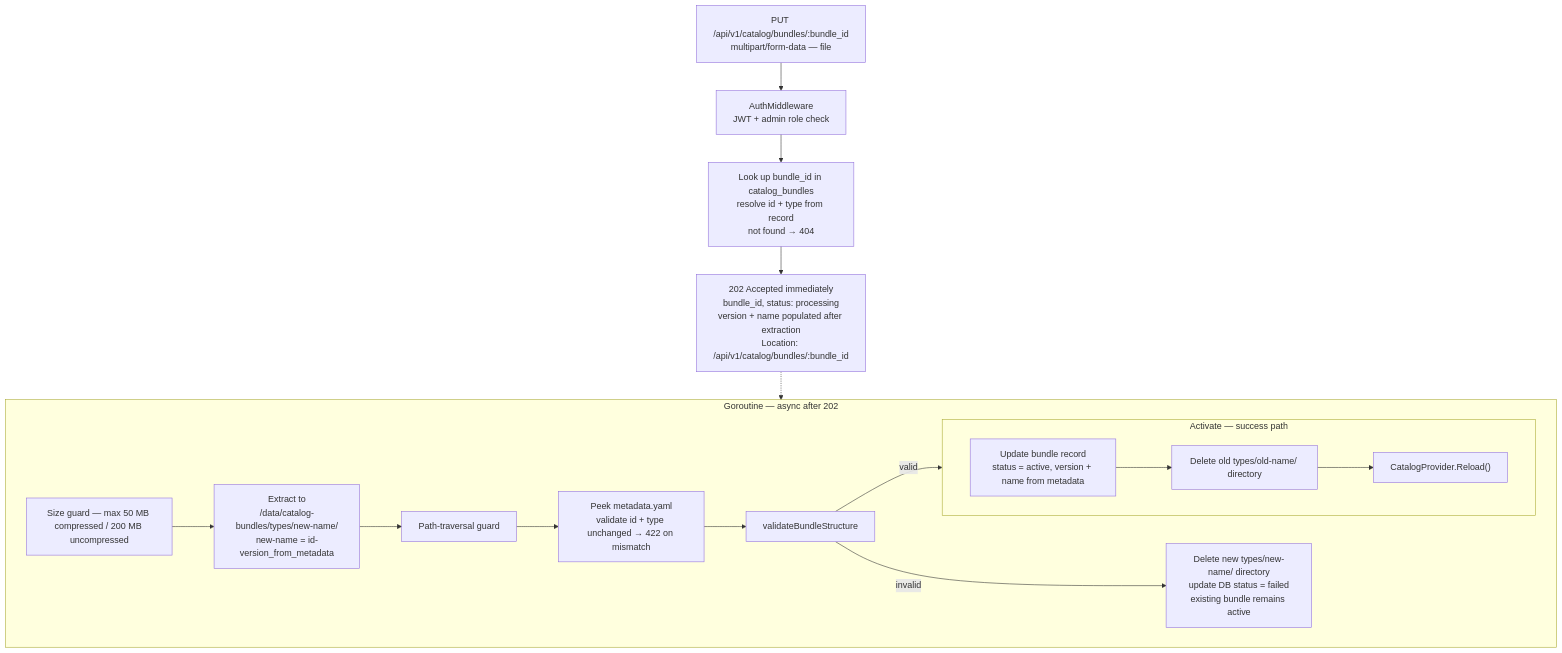
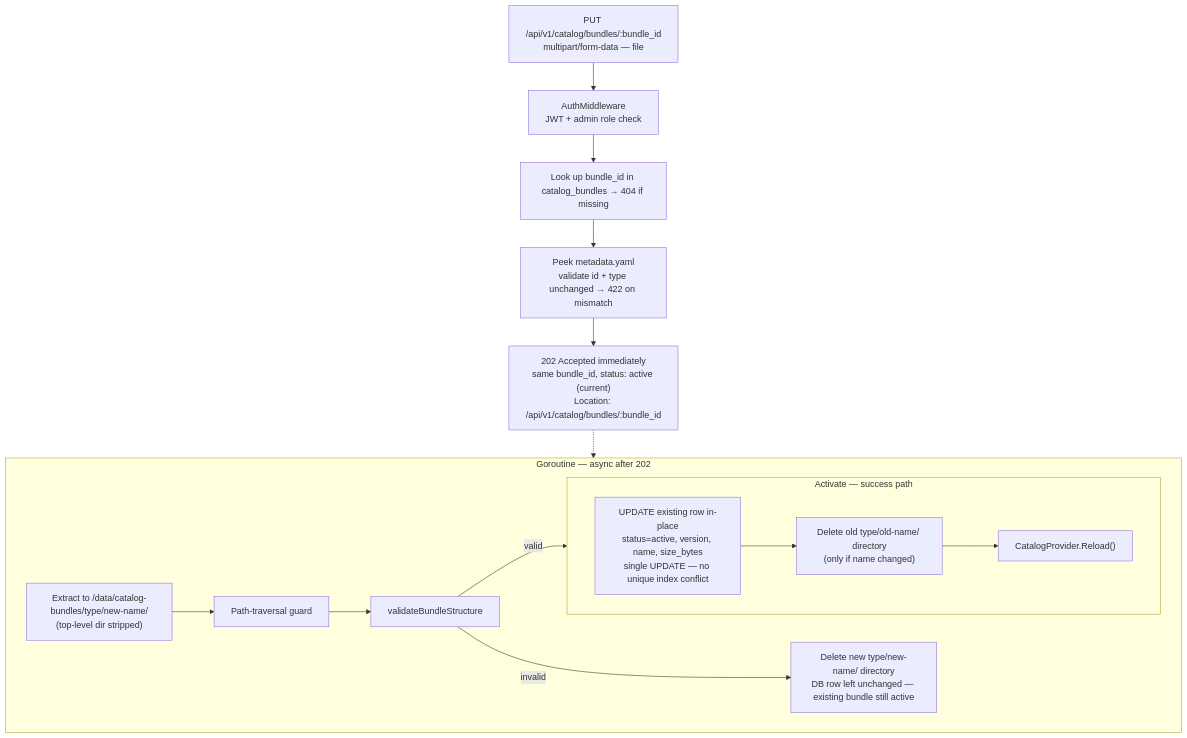
Before and after one commit to mayuka-c/project-ai-services: the third of 5 diagrams in ai-services/proposal.md, drawn with Mermaid. The commit also changed other lines of this file and 5 other files, not shown here.

````diff
--- a/ai-services/proposal.md
+++ b/ai-services/proposal.md
@@ -557,32 +558,31 @@
 ```mermaid
 flowchart TD
     REQ["PUT /api/v1/catalog/bundles/:bundle_id<br/>multipart/form-data — file"]
     AUTH["AuthMiddleware<br/>JWT + admin role check"]
-    LOOKUP["Look up bundle_id in catalog_bundles<br/>resolve id + type from record<br/>not found → 404"]
-    RESP["202 Accepted immediately<br/>bundle_id, status: processing<br/>version + name populated after extraction<br/>Location: /api/v1/catalog/bundles/:bundle_id"]
-    SIZE["Size guard — max 50 MB compressed / 200 MB uncompressed"]
-    EXTRACT["Extract to<br/>/data/catalog-bundles/types/new-name/<br/>new-name = id-version_from_metadata"]
-    PATHGUARD["Path-traversal guard"]
-    METACHECK["Peek metadata.yaml<br/>validate id + type unchanged → 422 on mismatch"]
-    VALIDATE["validateBundleStructure"]
+    LOOKUP["Look up bundle_id in catalog_bundles → 404 if missing"]
+    PEEK["Peek metadata.yaml<br/>validate id + type unchanged → 422 on mismatch"]
+    RESP["202 Accepted immediately<br/>same bundle_id, status: active (current)<br/>Location: /api/v1/catalog/bundles/:bundle_id"]
 
     subgraph ASYNC["Goroutine — async after 202"]
-        SIZE --> EXTRACT --> PATHGUARD --> METACHECK --> VALIDATE
+        EXTRACT["Extract to /data/catalog-bundles/type/new-name/<br/>(top-level dir stripped)"]
+        PATHGUARD["Path-traversal guard"]
+        VALIDATE["validateBundleStructure"]
 
         subgraph ACTIVATE["Activate — success path"]
             direction LR
-            DBUPDATE["Update bundle record<br/>status = active, version + name from metadata"]
-            RMOLD["Delete old types/old-name/ directory"]
+            DBUPDATE["UPDATE existing row in-place<br/>status=active, version, name, size_bytes<br/>single UPDATE — no unique index conflict"]
+            RMOLDDIR["Delete old type/old-name/ directory<br/>(only if name changed)"]
             RELOAD["CatalogProvider.Reload()"]
-            DBUPDATE --> RMOLD --> RELOAD
+            DBUPDATE --> RMOLDDIR --> RELOAD
         end
 
-        FAIL["Delete new types/new-name/ directory<br/>update DB status = failed<br/>existing bundle remains active"]
+        FAIL["Delete new type/new-name/ directory<br/>DB row left unchanged — existing bundle still active"]
 
+        EXTRACT --> PATHGUARD --> VALIDATE
         VALIDATE -->|"valid"| ACTIVATE
         VALIDATE -->|"invalid"| FAIL
     end
 
-    REQ --> AUTH --> LOOKUP --> RESP
+    REQ --> AUTH --> LOOKUP --> PEEK --> RESP
     RESP -.-> ASYNC
 ```
````
